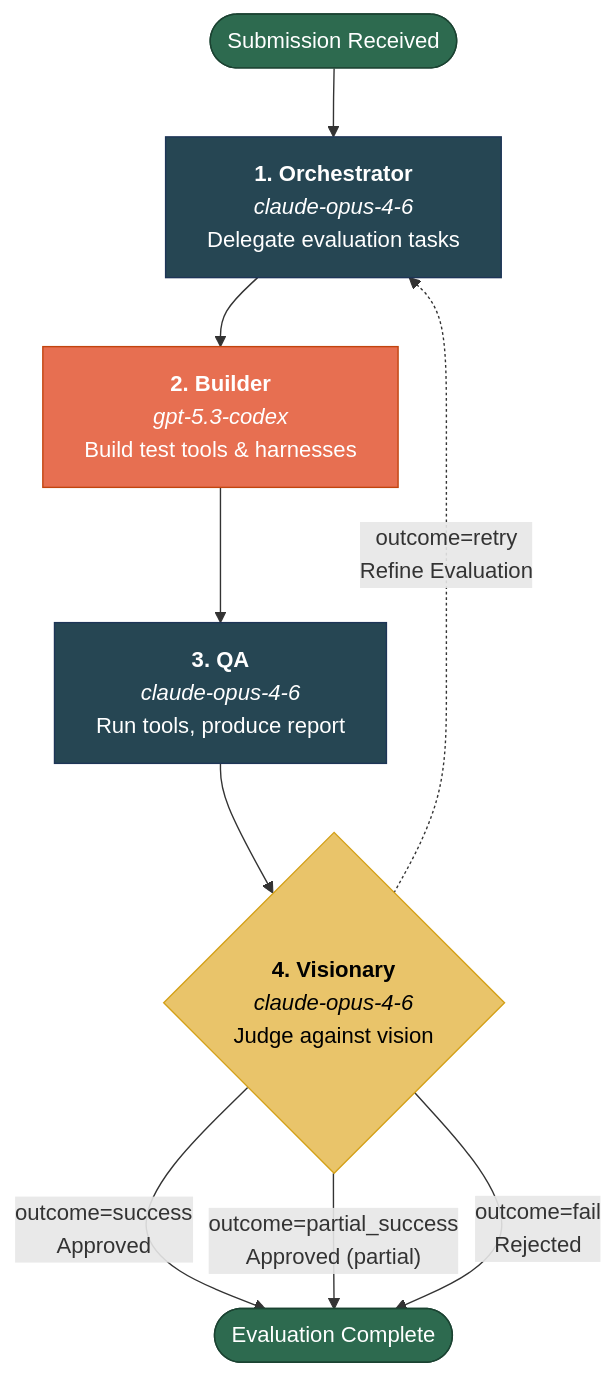
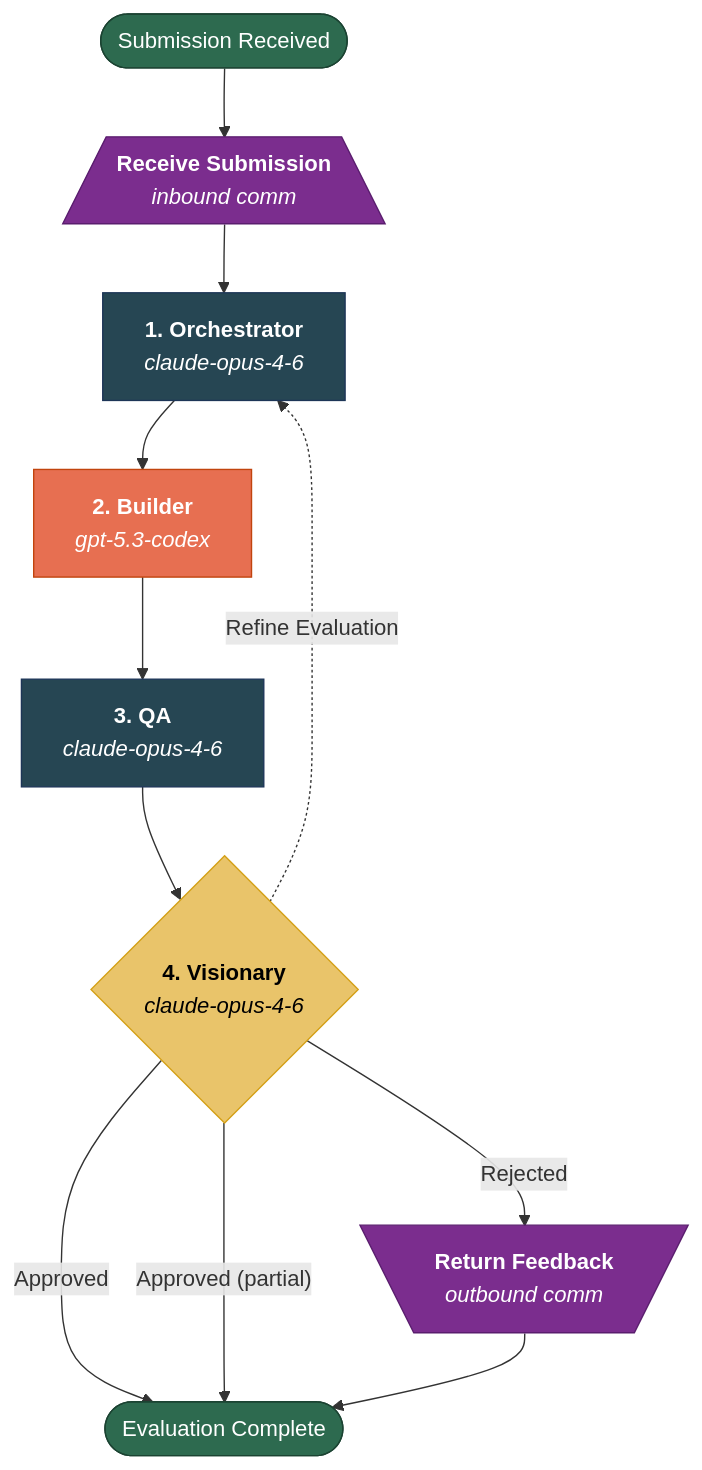
One commit to bencivjan/attractor-scala changed the second of 3 diagrams in README.md. Above: the diagram before and after it, drawn with Mermaid. The commit also changed other lines of this file, not shown here.

First line of the commit message:
Update README with diagrams for all three pipelines

````diff
--- a/README.md
+++ b/README.md
@@ -137,26 +145,32 @@
 ```mermaid
 flowchart TD
     start(["Submission Received"])
-    orch["<b>1. Orchestrator</b><br/><i>claude-opus-4-6</i><br/>Delegate evaluation tasks"]
-    build["<b>2. Builder</b><br/><i>gpt-5.3-codex</i><br/>Build test tools & harnesses"]
-    qa["<b>3. QA</b><br/><i>claude-opus-4-6</i><br/>Run tools, produce report"]
-    vis{"<b>4. Visionary</b><br/><i>claude-opus-4-6</i><br/>Judge against vision"}
+    recv[/"<b>Receive Submission</b><br/><i>inbound comm</i>"\]
+    orch["<b>1. Orchestrator</b><br/><i>claude-opus-4-6</i>"]
+    build["<b>2. Builder</b><br/><i>gpt-5.3-codex</i>"]
+    qa["<b>3. QA</b><br/><i>claude-opus-4-6</i>"]
+    vis{"<b>4. Visionary</b><br/><i>claude-opus-4-6</i>"}
+    ret[\"<b>Return Feedback</b><br/><i>outbound comm</i>"/]
     done(["Evaluation Complete"])
 
-    start --> orch
+    start --> recv
+    recv --> orch
     orch --> build
     build --> qa
     qa --> vis
 
-    vis -- "outcome=success<br/>Approved" --> done
-    vis -- "outcome=partial_success<br/>Approved (partial)" --> done
-    vis -. "outcome=retry<br/>Refine Evaluation" .-> orch
-    vis -- "outcome=fail<br/>Rejected" --> done
+    vis -- "Approved" --> done
+    vis -- "Approved (partial)" --> done
+    vis -. "Refine Evaluation" .-> orch
+    vis -- "Rejected" --> ret
+    ret --> done
 
     style start fill:#2d6a4f,stroke:#1b4332,color:#fff
     style done fill:#2d6a4f,stroke:#1b4332,color:#fff
     style orch fill:#264653,stroke:#1d3557,color:#fff
     style build fill:#e76f51,stroke:#c1440e,color:#fff
     style qa fill:#264653,stroke:#1d3557,color:#fff
     style vis fill:#e9c46a,stroke:#d4a017,color:#000
+    style recv fill:#7b2d8e,stroke:#5a1d6e,color:#fff
+    style ret fill:#7b2d8e,stroke:#5a1d6e,color:#fff
 ```
````
